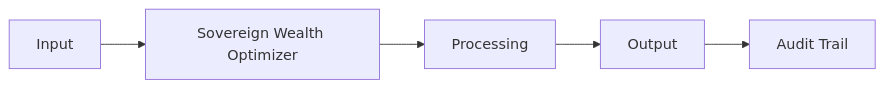
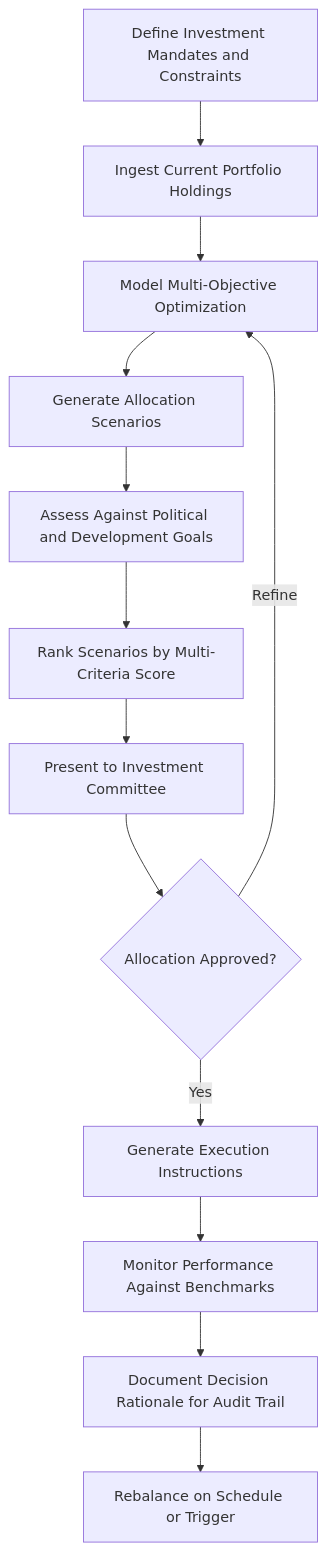
One commit to andrew-leo-2024/marketplace-docs changed the diagram in docs/audiences/05-dynasties/sovereign-wealth-optimizer.mdx. Above: the diagram before and after it, drawn with Mermaid. The commit also changed other lines of this file and 401 other files, not shown here.

````diff
--- a/docs/audiences/05-dynasties/sovereign-wealth-optimizer.mdx
+++ b/docs/audiences/05-dynasties/sovereign-wealth-optimizer.mdx
@@ -29,7 +35,15 @@
 ```mermaid
-graph LR
-    A[Input] --> B[Sovereign Wealth Optimizer]
-    B --> C[Processing]
-    C --> D[Output]
-    D --> E[Audit Trail]
+graph TD
+    A[Define Investment Mandates and Constraints] --> B[Ingest Current Portfolio Holdings]
+    B --> C[Model Multi-Objective Optimization]
+    C --> D[Generate Allocation Scenarios]
+    D --> E[Assess Against Political and Development Goals]
+    E --> F[Rank Scenarios by Multi-Criteria Score]
+    F --> G[Present to Investment Committee]
+    G --> H{Allocation Approved?}
+    H -->|Yes| I[Generate Execution Instructions]
+    H -->|Refine| C
+    I --> J[Monitor Performance Against Benchmarks]
+    J --> K[Document Decision Rationale for Audit Trail]
+    K --> L[Rebalance on Schedule or Trigger]
 ```
````
